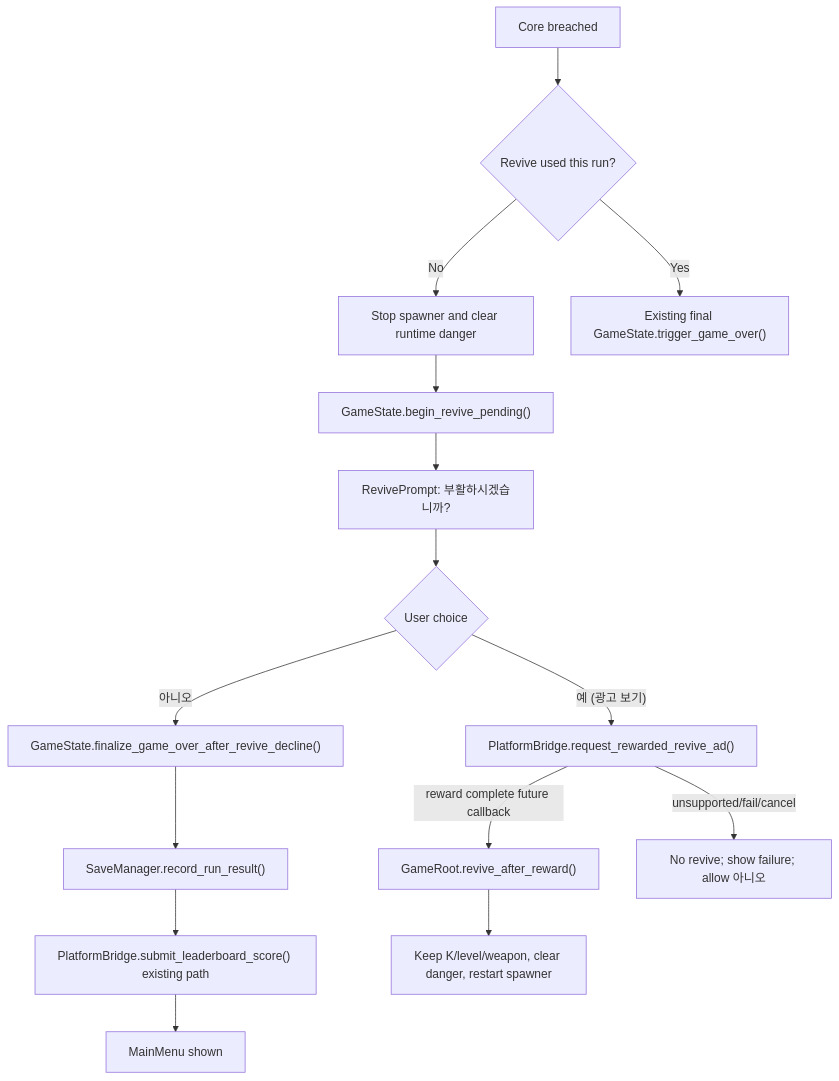
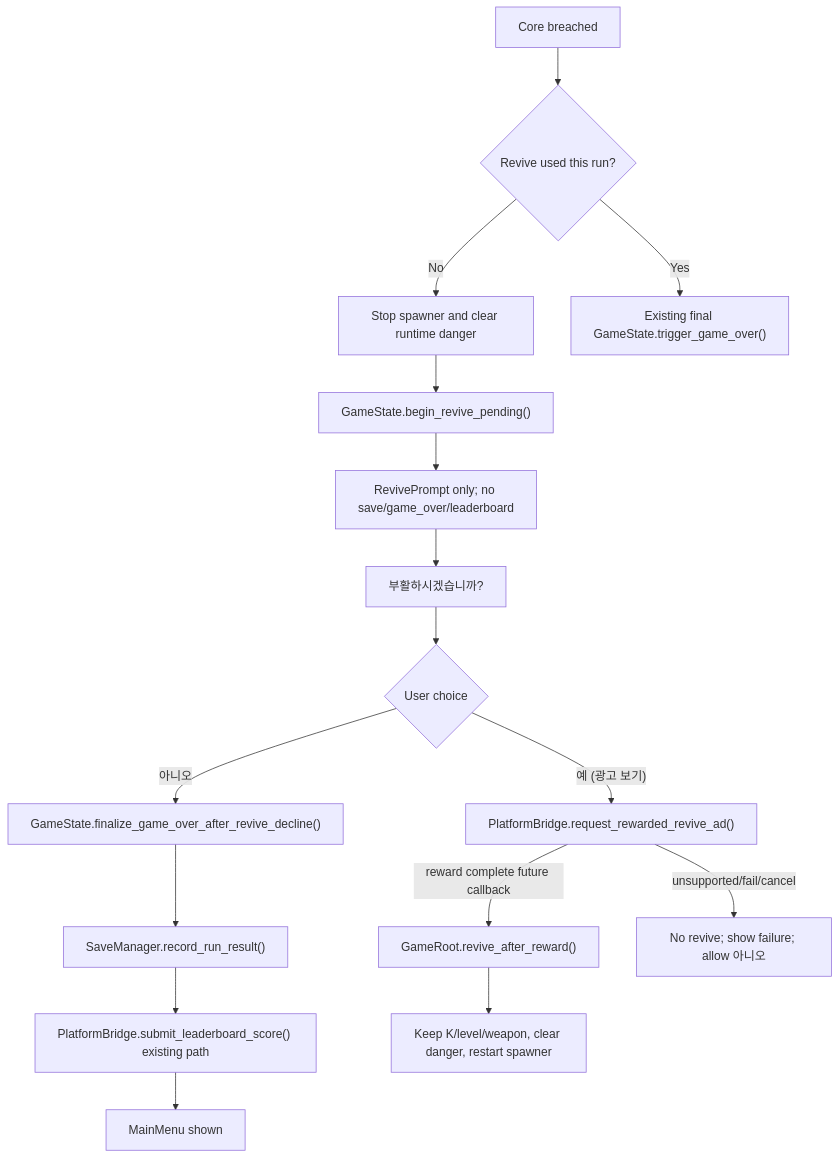
The diagram in docs/REWARDED_REVIVE_IMPLEMENTATION_REPORT.md (Everyseok/core-breaker-godot), drawn with Mermaid before and after one commit. The commit also changed other lines of this file and 1 other file, not shown here.

Commit message:
Harden rewarded revive pending state

````diff
--- a/docs/REWARDED_REVIVE_IMPLEMENTATION_REPORT.md
+++ b/docs/REWARDED_REVIVE_IMPLEMENTATION_REPORT.md
@@ -54,17 +55,18 @@
 ```mermaid
 flowchart TD
     A["Core breached"] --> B{"Revive used this run?"}
     B -- "No" --> C["Stop spawner and clear runtime danger"]
     C --> D["GameState.begin_revive_pending()"]
-    D --> E["RevivePrompt: 부활하시겠습니까?"]
-    E --> F{"User choice"}
+    D --> E["RevivePrompt only; no save/game_over/leaderboard"]
+    E --> Q["부활하시겠습니까?"]
+    Q --> F{"User choice"}
     F -- "아니오" --> G["GameState.finalize_game_over_after_revive_decline()"]
     G --> H["SaveManager.record_run_result()"]
     H --> I["PlatformBridge.submit_leaderboard_score() existing path"]
     I --> J["MainMenu shown"]
     F -- "예 (광고 보기)" --> K["PlatformBridge.request_rewarded_revive_ad()"]
     K -- "reward complete future callback" --> L["GameRoot.revive_after_reward()"]
     L --> M["Keep K/level/weapon, clear danger, restart spawner"]
     K -- "unsupported/fail/cancel" --> N["No revive; show failure; allow 아니오"]
     B -- "Yes" --> O["Existing final GameState.trigger_game_over()"]
 ```
````
